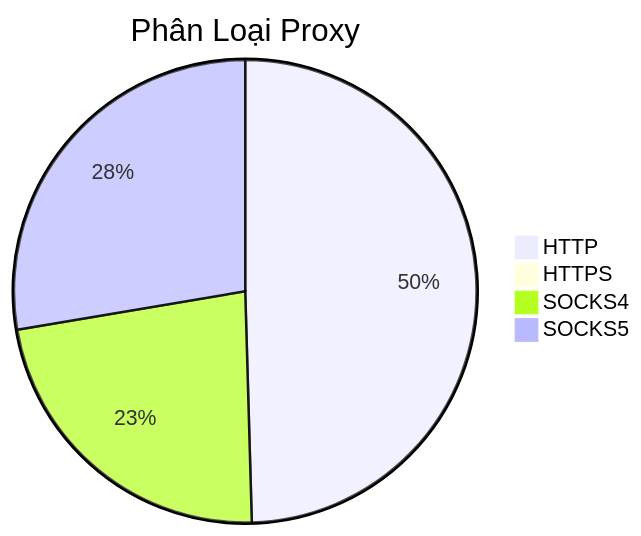
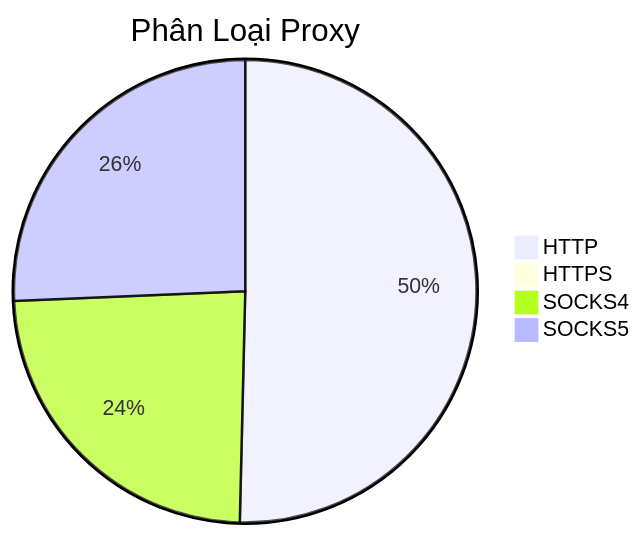
One commit to Ciara-12/PROXY-free changed the diagram in README.md. Above: the diagram before and after it, drawn with Mermaid. The commit also changed other lines of this file and 3 other files, not shown here.

````diff
--- a/README.md
+++ b/README.md
@@ -26,7 +26,7 @@
 ```mermaid
 pie title Phân Loại Proxy
-    "HTTP" : 600
+    "HTTP" : 738
     "HTTPS" : 1
-    "SOCKS4" : 276
-    "SOCKS5" : 335
+    "SOCKS4" : 351
+    "SOCKS5" : 376
 ```
````
